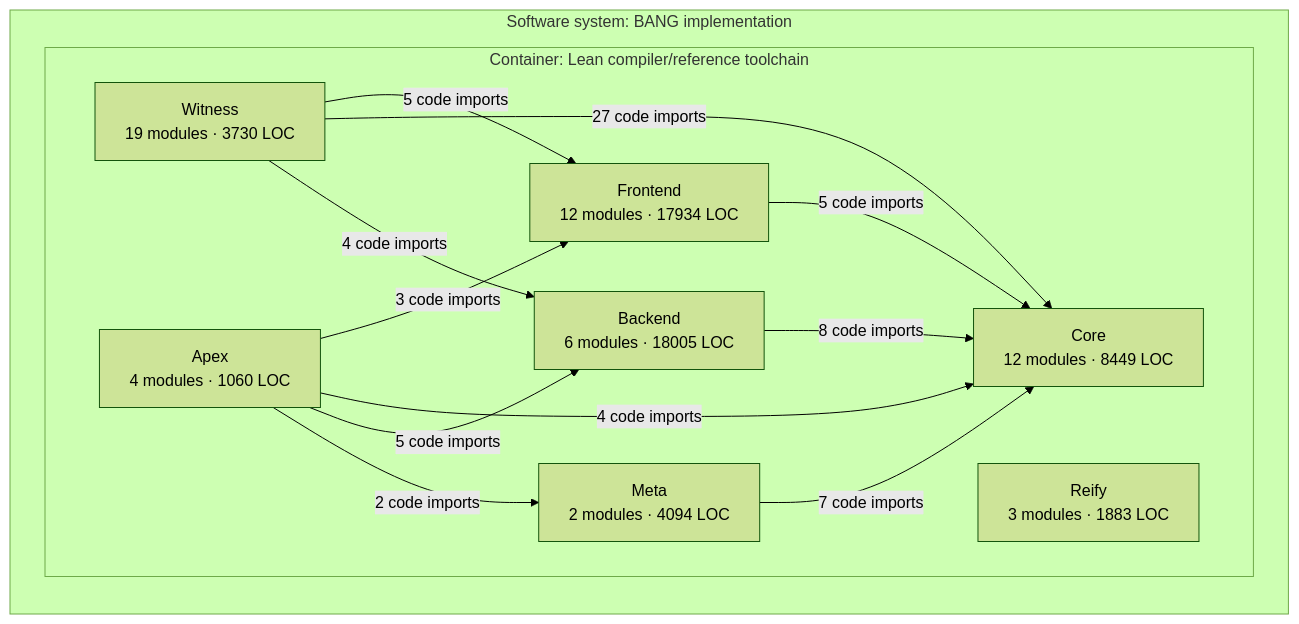
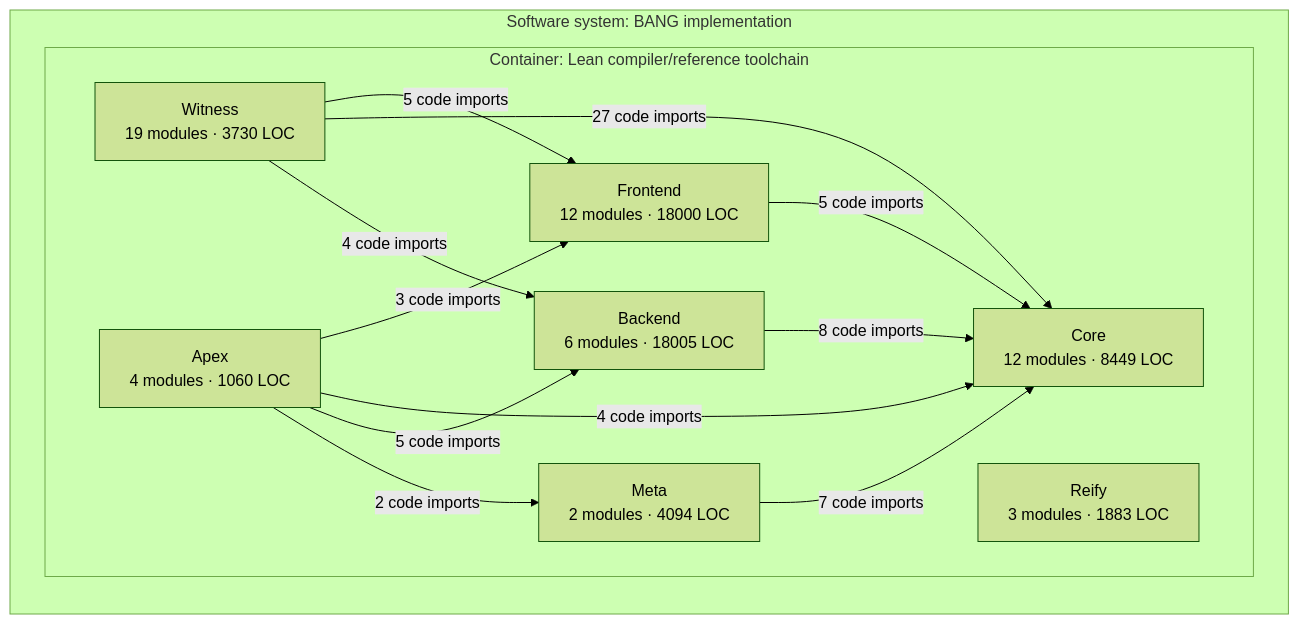
Before and after one commit to phibkro/bang: the third of 3 diagrams in docs/architecture/core-overview.md, drawn with Mermaid (forest theme). The commit also changed other lines of this file and 19 other files, not shown here.

````diff
--- a/docs/architecture/core-overview.md
+++ b/docs/architecture/core-overview.md
@@ -160,24 +160,24 @@
 ```mermaid
 flowchart LR
   subgraph system_BANG["Software system: BANG implementation"]
     subgraph container_Lean_toolchain["Container: Lean compiler/reference toolchain"]
-      component_Frontend["Frontend<br/>12 modules · 17934 LOC"]
+      component_Frontend["Frontend<br/>12 modules · 18000 LOC"]
       component_Core["Core<br/>12 modules · 8449 LOC"]
       component_Backend["Backend<br/>6 modules · 18005 LOC"]
       component_Meta["Meta<br/>2 modules · 4094 LOC"]
       component_Witness["Witness<br/>19 modules · 3730 LOC"]
       component_Reify["Reify<br/>3 modules · 1883 LOC"]
       component_Apex["Apex<br/>4 modules · 1060 LOC"]
     end
   end
   component_Frontend -->|5 code imports| component_Core
   component_Backend -->|8 code imports| component_Core
   component_Meta -->|7 code imports| component_Core
   component_Witness -->|5 code imports| component_Frontend
   component_Witness -->|27 code imports| component_Core
   component_Witness -->|4 code imports| component_Backend
   component_Apex -->|3 code imports| component_Frontend
   component_Apex -->|4 code imports| component_Core
   component_Apex -->|5 code imports| component_Backend
   component_Apex -->|2 code imports| component_Meta
 ```
````
